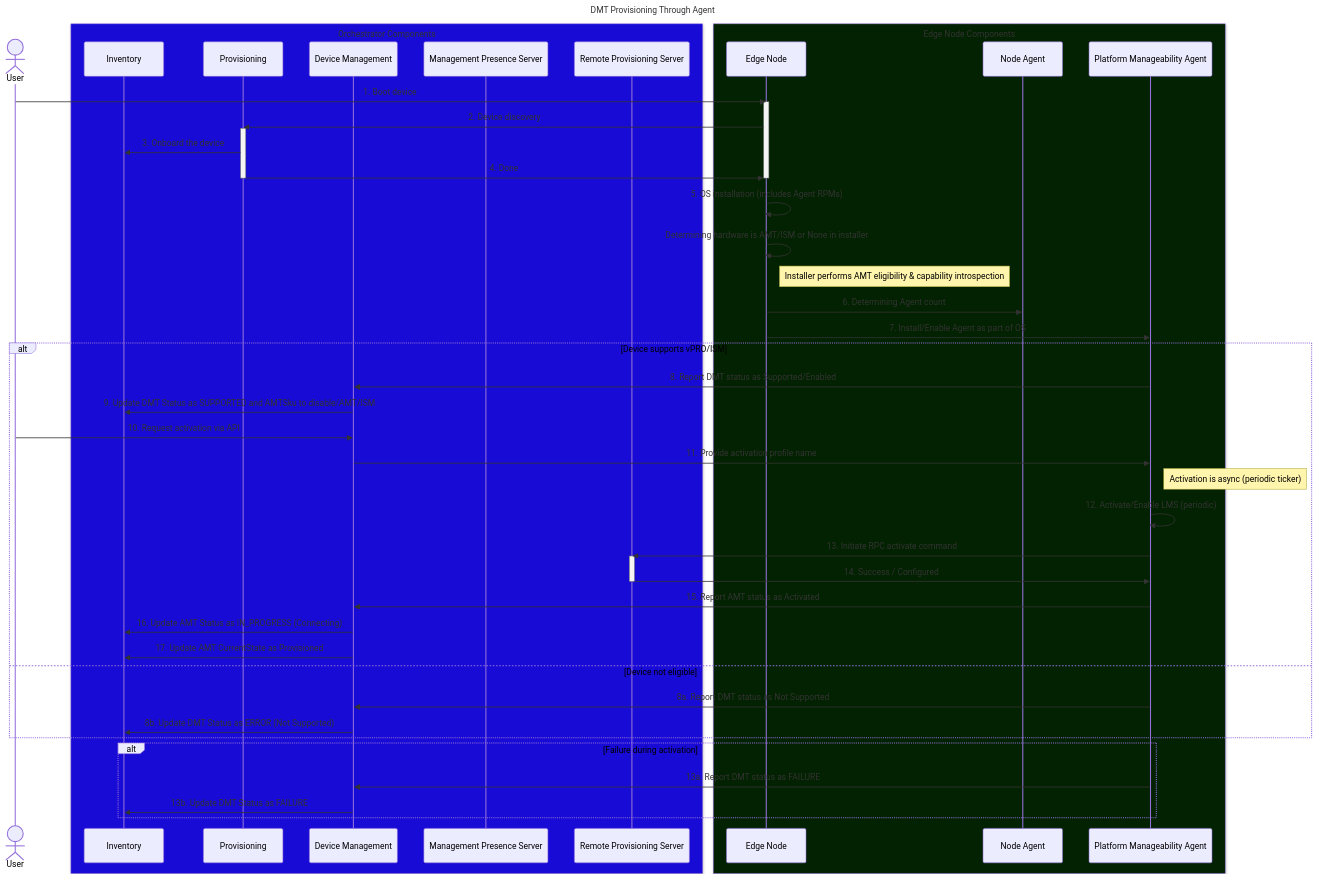
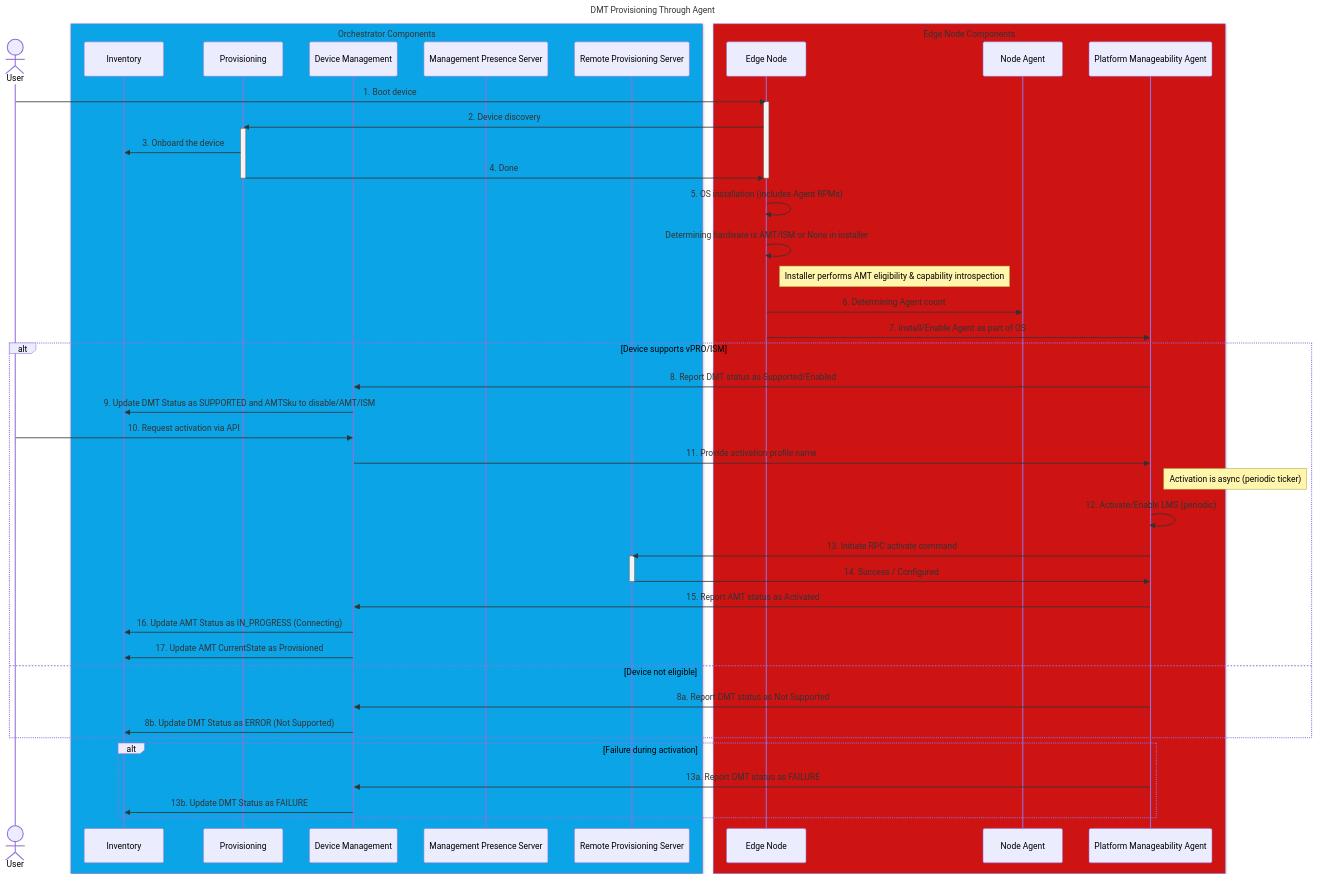
Before and after one commit to open-edge-platform/edge-manageability-framework: the diagram in design-proposals/vpro-device.md, drawn with Mermaid.

Commit message:
Updated box color for agent and orch

````diff
--- a/design-proposals/vpro-device.md
+++ b/design-proposals/vpro-device.md
@@ -59,66 +59,66 @@
 ```mermaid
 sequenceDiagram
     title DMT Provisioning Through Agent
 
     actor us as User
 
-    box rgba(24, 11, 213, 1) Orchestrator Components
+    box rgba(11, 164, 230, 1) Orchestrator Components
         participant inv as Inventory
         participant ps as Provisioning
         participant dm as Device Management
         participant mps as Management Presence Server
         participant rps as Remote Provisioning Server
     end
 
-    box rgba(3, 34, 1, 1) Edge Node Components
+    box rgba(206, 19, 19, 1) Edge Node Components
         participant en as Edge Node
         participant nagent as Node Agent
         participant agent as Platform Manageability Agent
     end
 
     us ->> en: 1. Boot device
     activate en
     en ->> ps: 2. Device discovery
     activate ps
     ps ->> inv: 3. Onboard the device
     ps ->> en: 4. Done
     deactivate ps
     deactivate en
 
     en ->> en: 5. OS installation (includes Agent RPMs)
     en ->> en: Determining hardware is AMT/ISM or None in installer
     Note right of en: Installer performs AMT eligibility & capability introspection
     en ->> nagent: 6. Determining Agent count
     en ->> agent: 7. Install/Enable Agent as part of OS
 
     
 
     alt Device supports vPRO/ISM
         agent ->> dm: 8. Report DMT status as Supported/Enabled
         dm ->> inv: 9. Update DMT Status as SUPPORTED and AMTSku to disable/AMT/ISM
 
         us ->> dm: 10. Request activation via API
         dm ->> agent: 11. Provide activation profile name
 
         Note right of agent: Activation is async (periodic ticker)
 
         agent ->> agent: 12. Activate/Enable LMS (periodic)
         agent ->> rps: 13. Initiate RPC activate command
         activate rps
         rps ->> agent: 14. Success / Configured
         deactivate rps
 
         agent ->> dm: 15. Report AMT status as Activated
         dm ->> inv: 16. Update AMT Status as IN_PROGRESS (Connecting)
         dm ->> inv: 17. Update AMT CurrentState as Provisioned
 
     else Device not eligible
         agent ->> dm: 8a. Report DMT status as Not Supported
         dm ->> inv: 8b. Update DMT Status as ERROR (Not Supported)
     end
 
     alt Failure during activation
         agent ->> dm: 13a. Report DMT status as FAILURE
         dm ->> inv: 13b. Update DMT Status as FAILURE
     end
 ```
````
